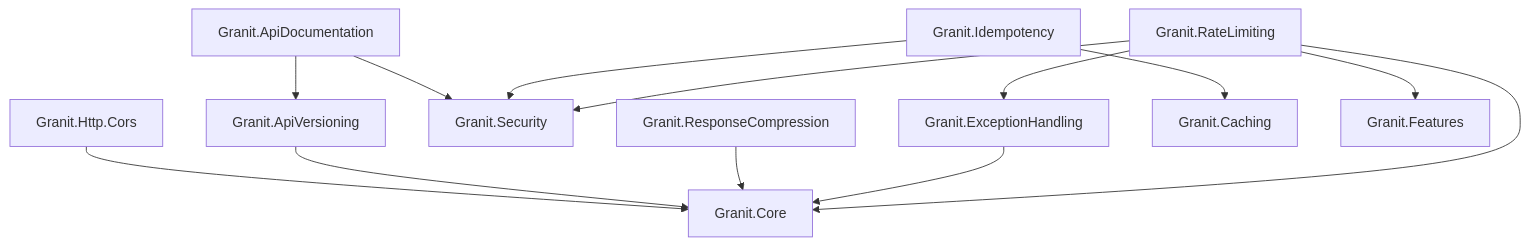
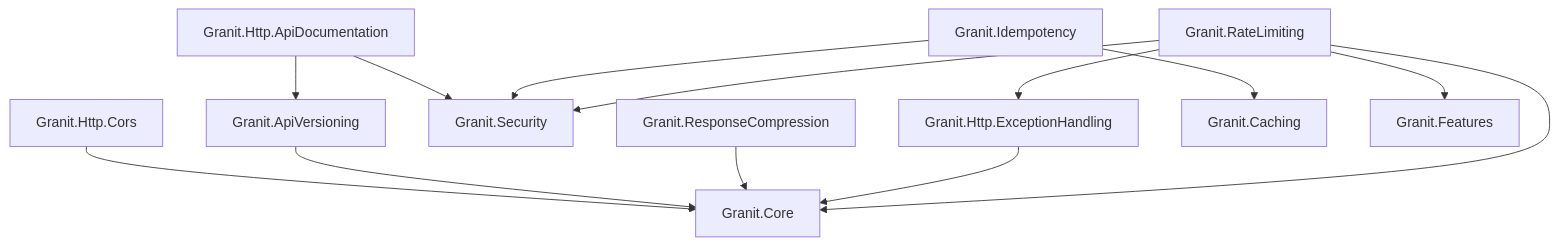
The diagram in docs-site/src/content/docs/dotnet/api/index.mdx (granit-fx/granit-dotnet), drawn with Mermaid before and after one commit. The commit also changed 148 other files, not shown here.

First line of the commit message:
refactor: rename Granit.ApiDocumentation to Granit.Http.ApiDocumentation

````diff
--- a/docs-site/src/content/docs/dotnet/api/index.mdx
+++ b/docs-site/src/content/docs/dotnet/api/index.mdx
@@ -49,15 +49,15 @@
 ```mermaid
 graph TD
     CORS[Granit.Http.Cors] --> CO[Granit.Core]
     AV[Granit.ApiVersioning] --> CO
-    AD[Granit.ApiDocumentation] --> AV
+    AD[Granit.Http.ApiDocumentation] --> AV
     AD --> SEC[Granit.Security]
     RC[Granit.ResponseCompression] --> CO
-    EH[Granit.ExceptionHandling] --> CO
+    EH[Granit.Http.ExceptionHandling] --> CO
     ID[Granit.Idempotency] --> CA[Granit.Caching]
     ID --> SEC
     RL[Granit.RateLimiting] --> CO
     RL --> EH
     RL --> FT[Granit.Features]
     RL --> SEC
 ```
````
